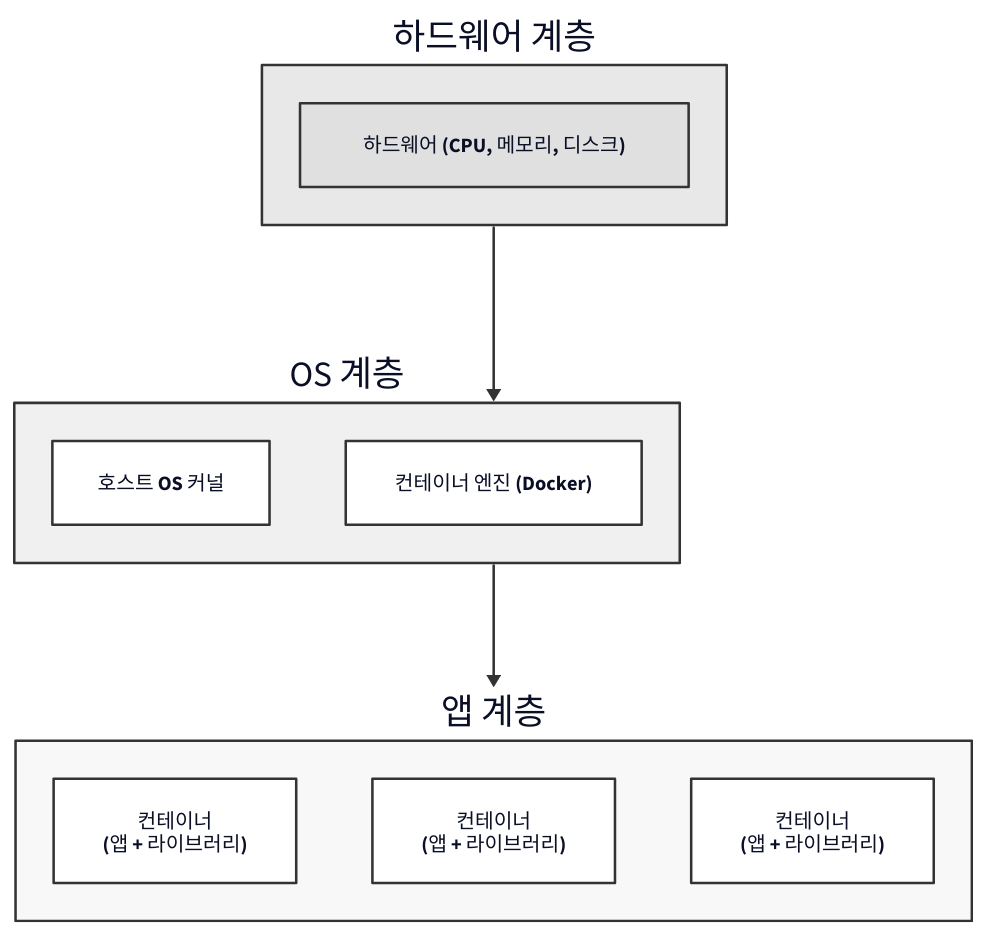
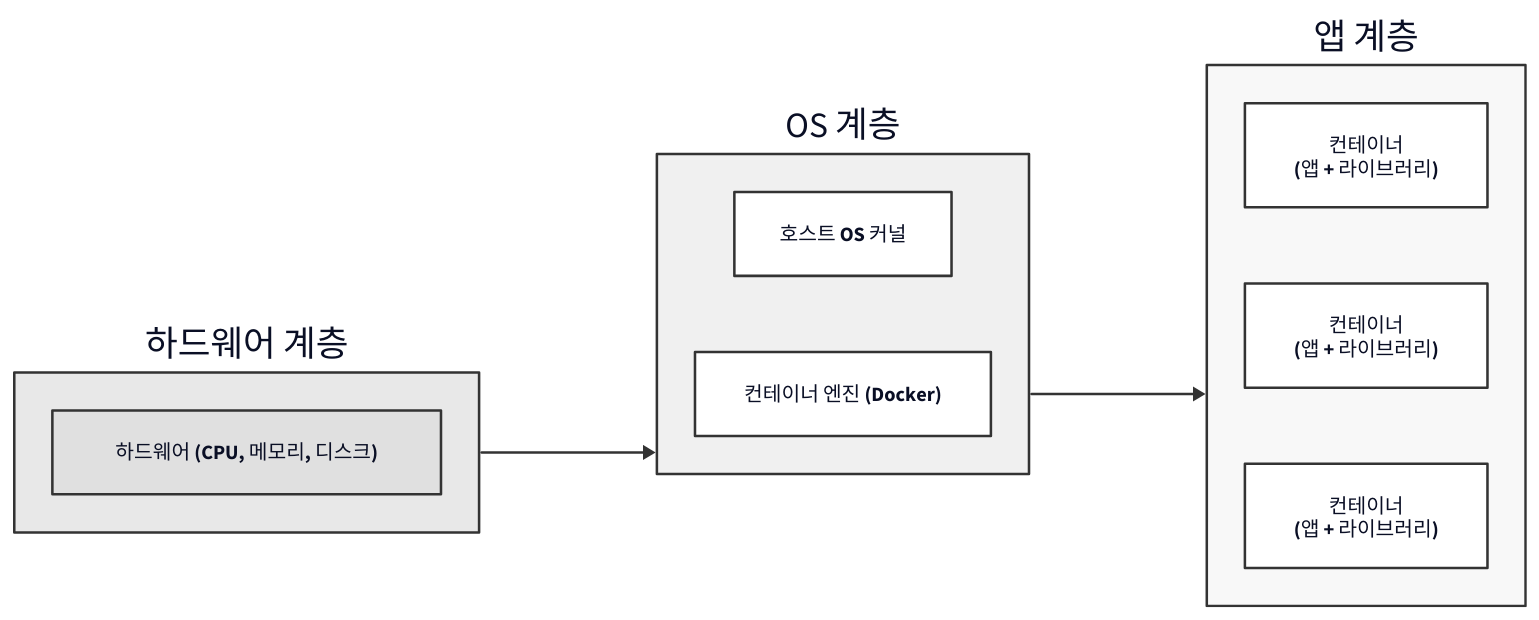
Before and after one commit to coderyu5523/book-workflow: the diagram in projects/특이점이-온-개발자-도커-쿠버네티스/chapters/.d2-src/fig-1-8.d2, drawn with D2. The commit also changed 877 other files, not shown here.

```diff
--- a/projects/특이점이-온-개발자-도커-쿠버네티스/chapters/.d2-src/fig-1-8.d2
+++ b/projects/특이점이-온-개발자-도커-쿠버네티스/chapters/.d2-src/fig-1-8.d2
@@ -1,54 +1,54 @@
-direction: down
+direction: right
 
 hw: 하드웨어 계층 {
   style.fill: "#e8e8e8"
   style.stroke: "#333333"
   style.border-radius: 0
 
   hardware: 하드웨어 (CPU, 메모리, 디스크) {
     style.fill: "#e0e0e0"
     style.stroke: "#333333"
   }
 }
 
 os: OS 계층 {
   style.fill: "#f0f0f0"
   style.stroke: "#333333"
   style.border-radius: 0
 
   kernel: 호스트 OS 커널 {
     style.fill: "#ffffff"
     style.stroke: "#333333"
   }
   engine: 컨테이너 엔진 (Docker) {
     style.fill: "#ffffff"
     style.stroke: "#333333"
   }
 }
 
 app: 앱 계층 {
   direction: right
   style.fill: "#f8f8f8"
   style.stroke: "#333333"
   style.border-radius: 0
 
   c1: "컨테이너\n(앱 + 라이브러리)" {
     style.fill: "#ffffff"
     style.stroke: "#333333"
   }
   c2: "컨테이너\n(앱 + 라이브러리)" {
     style.fill: "#ffffff"
     style.stroke: "#333333"
   }
   c3: "컨테이너\n(앱 + 라이브러리)" {
     style.fill: "#ffffff"
     style.stroke: "#333333"
   }
 }
 
 hw -> os {
   style.stroke: "#333333"
 }
 os -> app {
   style.stroke: "#333333"
 }
```
